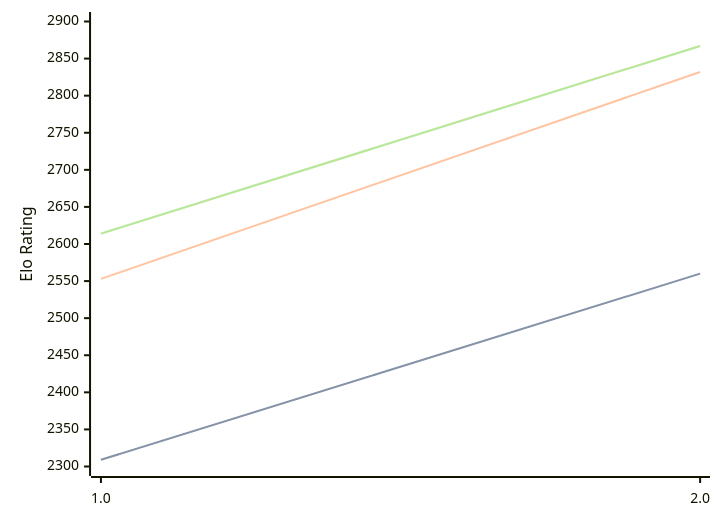
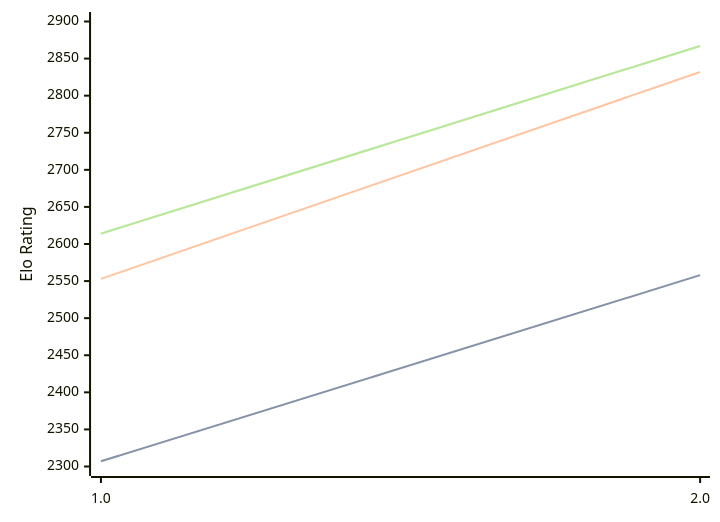
The diagram in engines/Revolver.md (computer-chess-index/cci), drawn with Mermaid before and after one commit. The commit also changed other lines of this file, not shown here.

````diff
--- a/engines/Revolver.md
+++ b/engines/Revolver.md
@@ -32,11 +32,11 @@
 ```mermaid
 %%{init: {"theme":"base","themeVariables":{"seriesColors:['#a3a3a3','#222221','#faa371']}}}%%
 xychart-beta
   x-axis ["1.0", "2.0"]
   y-axis "Elo Rating" 2300 --> 2900
-  line "STC (8.0+0.08s)" [2309, 2560]
-  line "STC (8.0+0.08s)" [2309, 2560]
+  line "STC (8.0+0.08s)" [2307, 2558]
+  line "STC (8.0+0.08s)" [2307, 2558]
   line "LTC (60.0+0.60s)" [2553, 2832]
   line "VLTC (2m24s+1.12s)" [2614, 2867]
   line "VLTC (2m24s+1.12s)" [2614, 2867]
 ```
````
